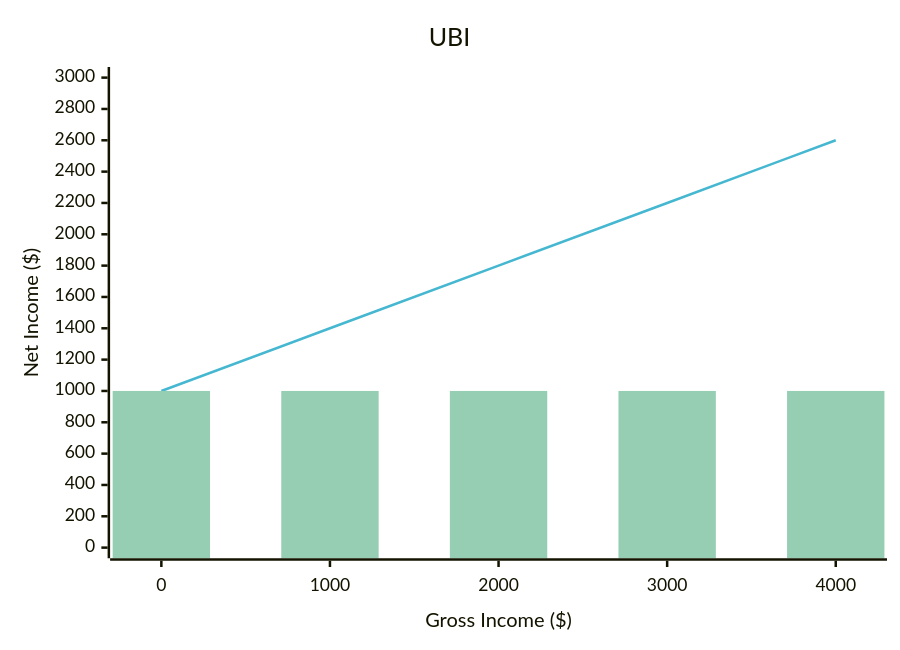
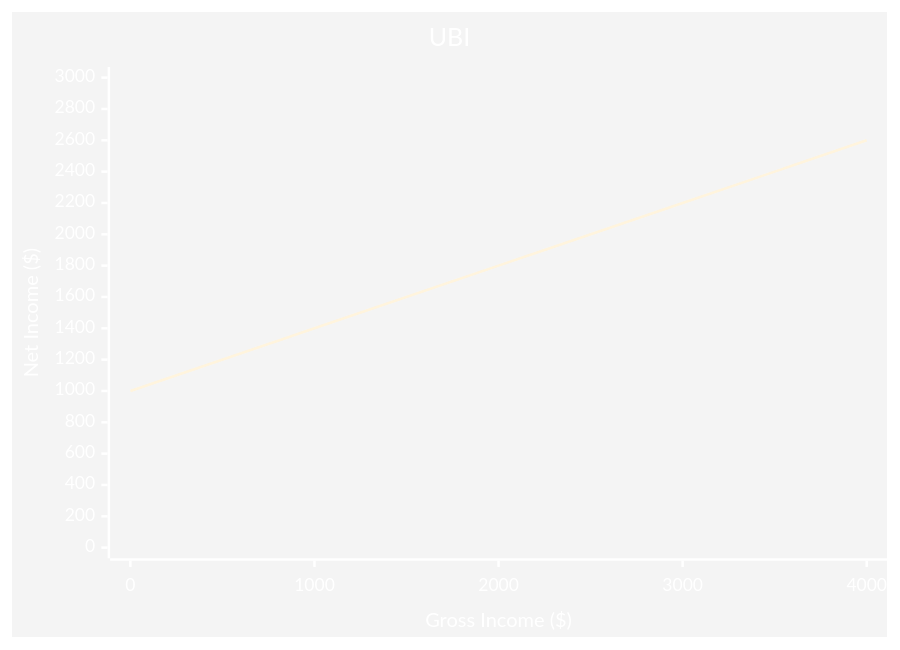
The third of 4 diagrams in notes/economy/justice.md (sergey-shandar/public), drawn with Mermaid before and after one commit. The commit also changed other lines of this file, not shown here.

````diff
--- a/notes/economy/justice.md
+++ b/notes/economy/justice.md
@@ -42,9 +40,8 @@
 ```mermaid
-%%{init: {'theme':'base', 'themeVariables': {'xyChart': {'plotColorPalette': '#45b7d1,#96ceb4,#ffeaa7,#fd79a8,#a29bfe,#6c5ce7'}}}}%%
+%%{init: {'theme':'base', 'themeVariables': {'primaryColor':'#45b7d1', 'primaryTextColor':'#fff', 'primaryBorderColor':'#45b7d1', 'lineColor':'#5490cc', 'secondaryColor':'#ffda79', 'tertiaryColor':'#fff'}}}%%
 xychart-beta
     title "UBI"
     x-axis "Gross Income ($)" [0, 1000, 2000, 3000, 4000]
     y-axis "Net Income ($)" 0 --> 3000
     line "Net Income with UBI" [1000, 1400, 1800, 2200, 2600]
-    bar "UBI Component" [1000, 1000, 1000, 1000, 1000]
 ```
````
